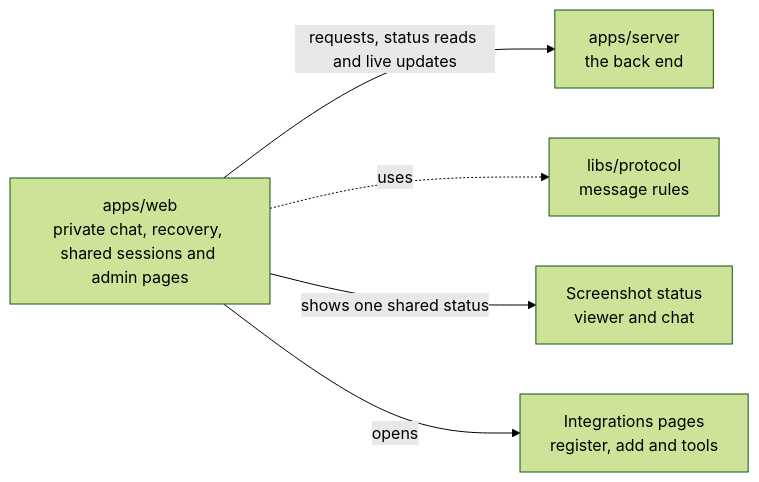
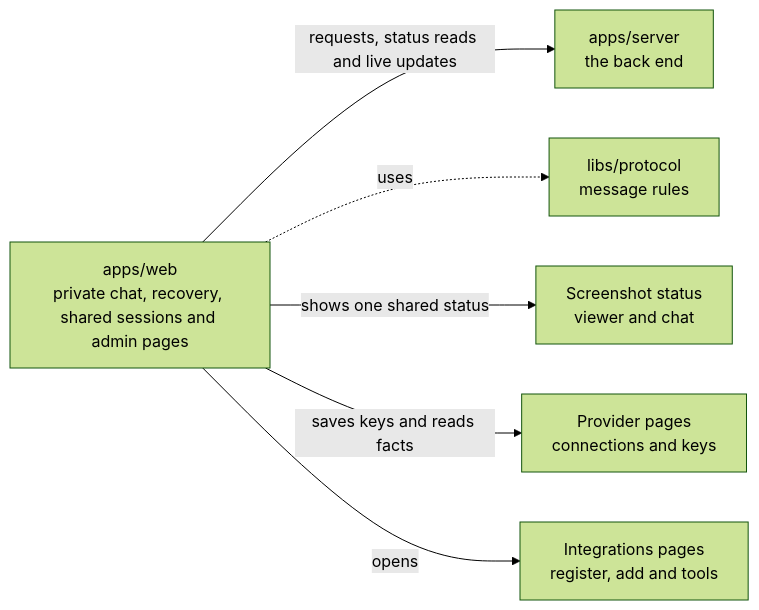
Before and after one commit to elewa-git/opencrane-new: the diagram in apps/web/README.md, drawn with Mermaid (forest theme). The commit also changed other lines of this file and 14 other files, not shown here.

Commit message:
🔒 Keep provider key saves and list facts honest

````diff
--- a/apps/web/README.md
+++ b/apps/web/README.md
@@ -11,7 +11,8 @@
 ```mermaid
 flowchart LR
   web["apps/web<br/>private chat, recovery, shared sessions and admin pages"] -->|requests, status reads and live updates| server["apps/server<br/>the back end"]
   web -.->|uses| protocol["libs/protocol<br/>message rules"]
   web -->|shows one shared status| capture["Screenshot status<br/>viewer and chat"]
+  web -->|saves keys and reads facts| providers["Provider pages<br/>connections and keys"]
   web -->|opens| integrations["Integrations pages<br/>register, add and tools"]
 ```
````
